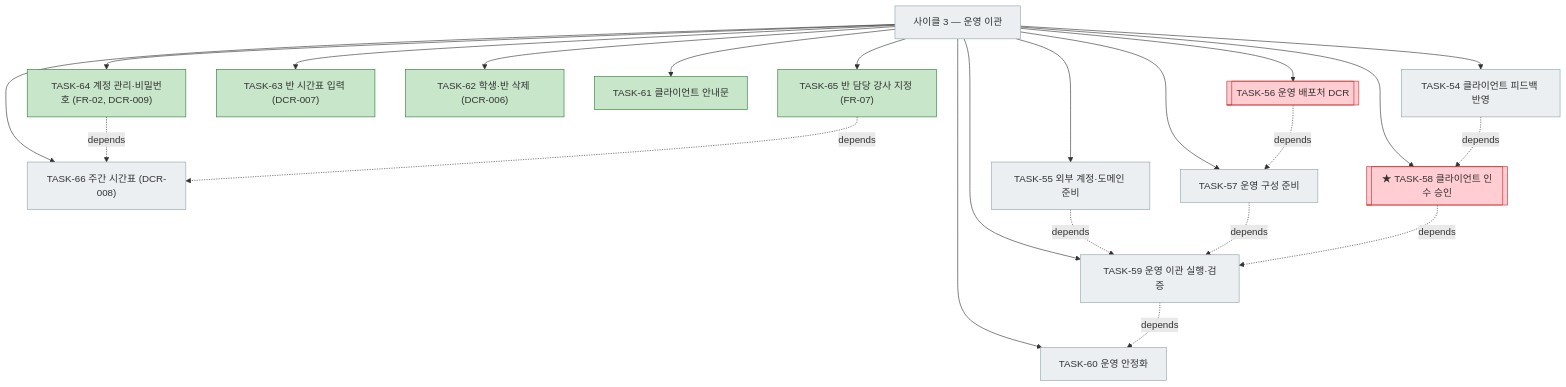
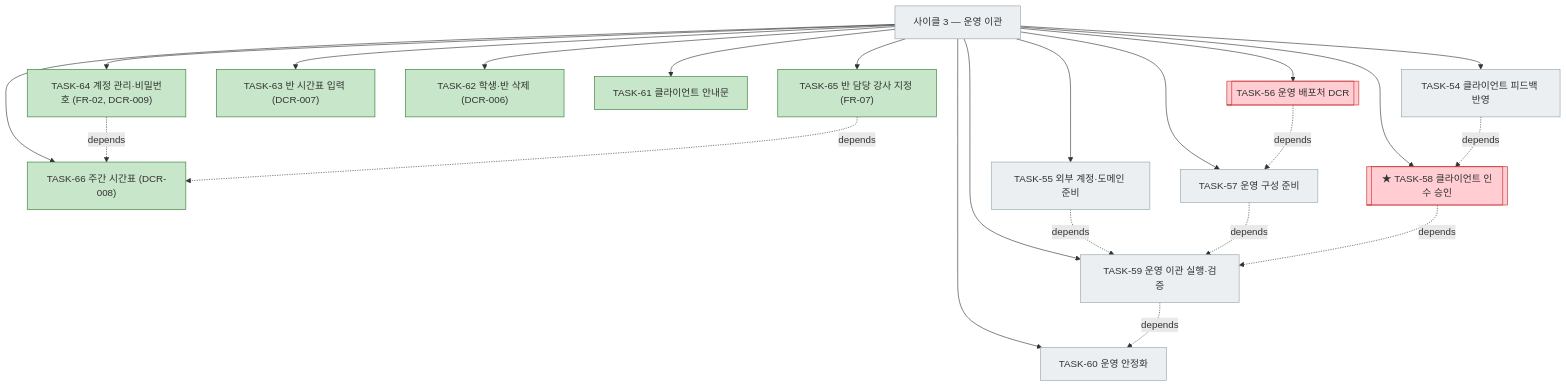
Before and after one commit to bluesky5008/mathdesk: the fourth of 5 diagrams in docs/plan.md, drawn with Mermaid. The commit also changed other lines of this file and 14 other files, not shown here.

First line of the commit message:
feat: 주간 시간표 (TASK-66, FR-42, DCR-008)

````diff
--- a/docs/plan.md
+++ b/docs/plan.md
@@ -238,29 +238,29 @@
 ```mermaid
 flowchart TD
     C3["사이클 3 — 운영 이관"]:::todo
     C3 --> T64["TASK-64 계정 관리·비밀번호 (FR-02, DCR-009)"]:::done
     C3 --> T65["TASK-65 반 담당 강사 지정 (FR-07)"]:::done
-    C3 --> T66["TASK-66 주간 시간표 (DCR-008)"]:::todo
+    C3 --> T66["TASK-66 주간 시간표 (DCR-008)"]:::done
     T64 -. depends .-> T66
     T65 -. depends .-> T66
     C3 --> T63["TASK-63 반 시간표 입력 (DCR-007)"]:::done
     C3 --> T62["TASK-62 학생·반 삭제 (DCR-006)"]:::done
     C3 --> T61["TASK-61 클라이언트 안내문"]:::done
     C3 --> T54["TASK-54 클라이언트 피드백 반영"]:::todo
     C3 --> T55["TASK-55 외부 계정·도메인 준비"]:::todo
     C3 --> T56[["TASK-56 운영 배포처 DCR"]]:::gate
     C3 --> T57["TASK-57 운영 구성 준비"]:::todo
     C3 --> T58[["★ TASK-58 클라이언트 인수 승인"]]:::gate
     C3 --> T59["TASK-59 운영 이관 실행·검증"]:::todo
     C3 --> T60["TASK-60 운영 안정화"]:::todo
     T56 -. depends .-> T57
     T54 -. depends .-> T58
     T55 -. depends .-> T59
     T57 -. depends .-> T59
     T58 -. depends .-> T59
     T59 -. depends .-> T60
     classDef done fill:#c8e6c9,stroke:#2e7d32
     classDef active fill:#fff9c4,stroke:#f9a825
     classDef todo fill:#eceff1,stroke:#90a4ae
     classDef gate fill:#ffcdd2,stroke:#c62828
 ```
````
